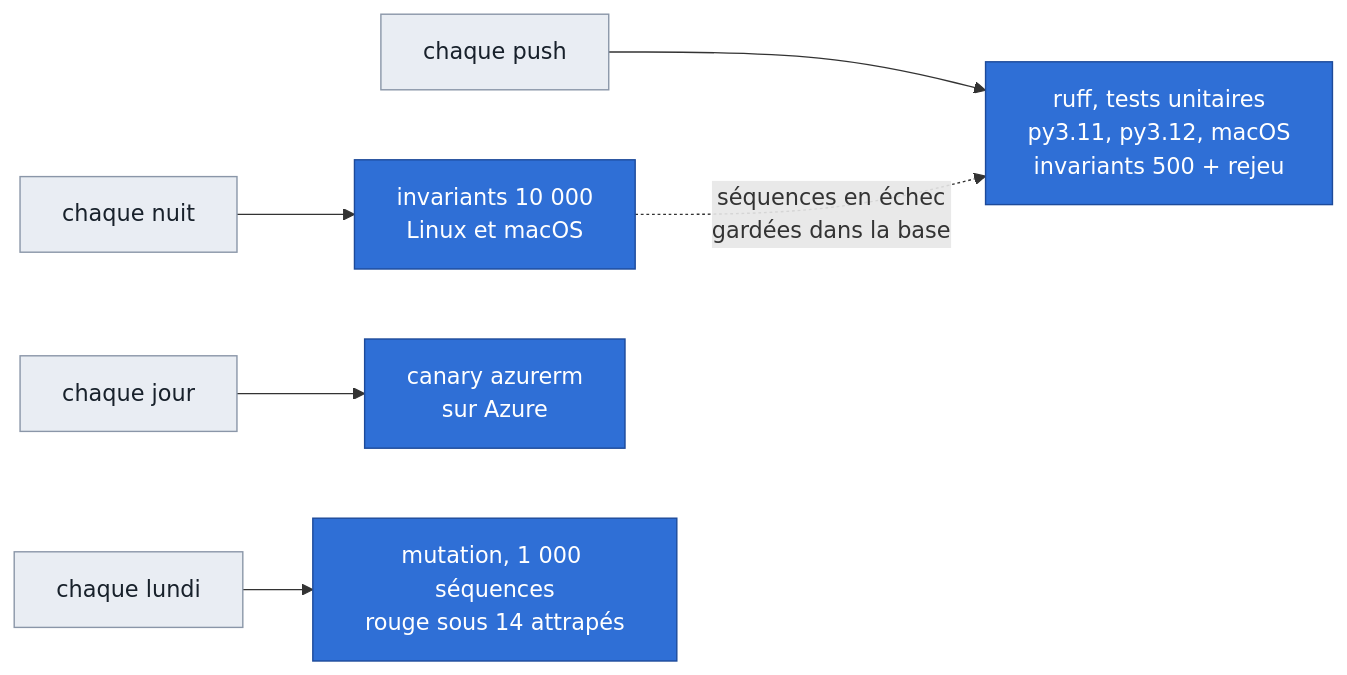
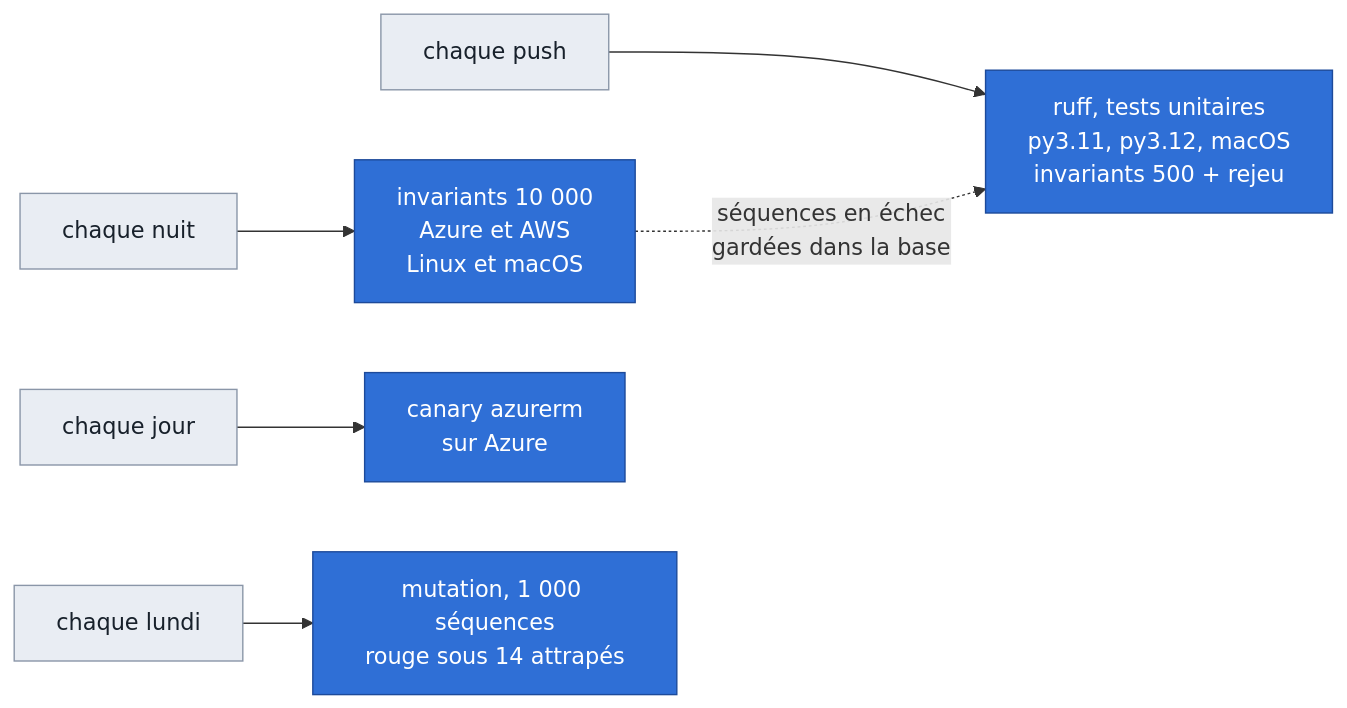
The fifth of 5 diagrams in docs/design/preuves.md (Vanyar53/eregion), drawn with Mermaid before and after one commit. The commit also changed other lines of this file and 3 other files, not shown here.

First line of the commit message:
ci: la machine des invariants sur AWS tourne aussi chaque nuit, ses échecs gardés et rejoués au push (AWS1, #334)

````diff
--- a/docs/design/preuves.md
+++ b/docs/design/preuves.md
@@ -1997,12 +2003,12 @@
 ```mermaid
 flowchart LR
     push["chaque push"] --> ci["ruff, tests unitaires<br/>py3.11, py3.12, macOS<br/>invariants 500 + rejeu"]
-    nuit["chaque nuit"] --> inv["invariants 10 000<br/>Linux et macOS"]
+    nuit["chaque nuit"] --> inv["invariants 10 000<br/>Azure et AWS<br/>Linux et macOS"]
     inv -. "séquences en échec<br/>gardées dans la base" .-> ci
     jour["chaque jour"] --> can["canary azurerm<br/>sur Azure"]
     lundi["chaque lundi"] --> mut["mutation, 1 000 séquences<br/>rouge sous 14 attrapés"]
     classDef data fill:#e9edf3,stroke:#8a96a8,color:#18212b
     classDef blue fill:#2f6fd6,stroke:#1d4a9a,color:#ffffff
     class push,nuit,jour,lundi data
     class ci,inv,can,mut blue
 ```
````
